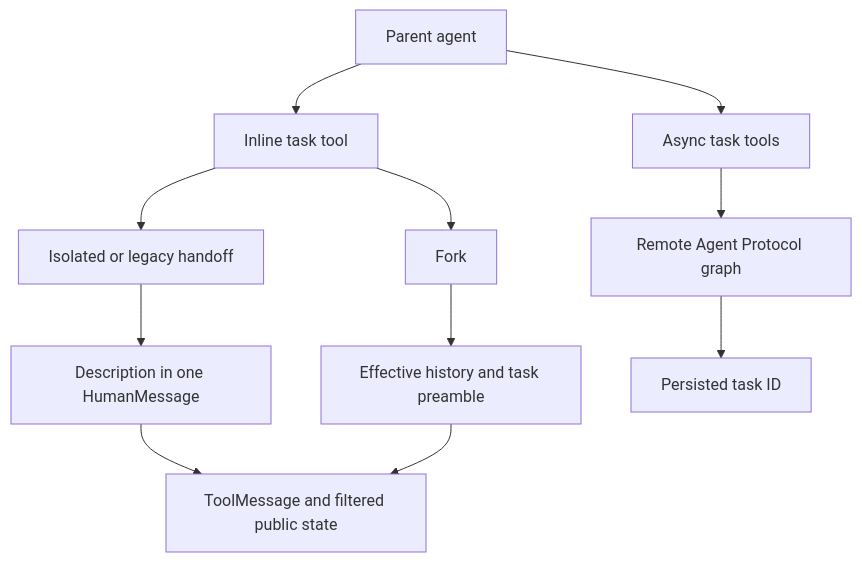
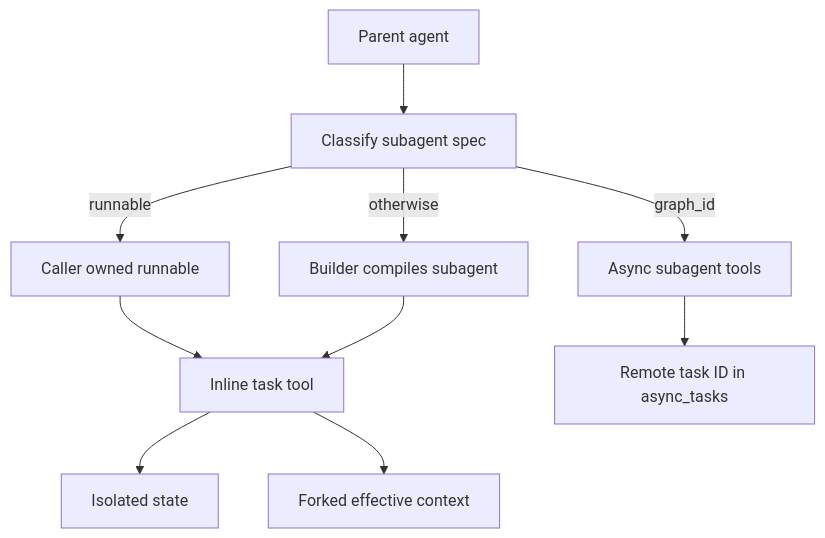
The first of 4 diagrams in openwiki/concepts/subagents-skills.md (langchain-ai/deepagents), drawn with Mermaid before and after one commit. The commit also changed other lines of this file and 56 other files, not shown here.

````diff
--- a/openwiki/concepts/subagents-skills.md
+++ b/openwiki/concepts/subagents-skills.md
@@ -61,13 +59,12 @@
 ```mermaid
 flowchart TD
-    Parent["Parent agent"] --> Task["Inline task tool"]
-    Task --> Isolated["Isolated or legacy handoff"]
-    Task --> Fork["Fork"]
-    Isolated --> Fresh["Description in one HumanMessage"]
-    Fork --> Context["Effective history and task preamble"]
-    Fresh --> Reply["ToolMessage and filtered public state"]
-    Context --> Reply
-    Parent --> AsyncTools["Async task tools"]
-    AsyncTools --> Remote["Remote Agent Protocol graph"]
-    Remote --> Handle["Persisted task ID"]
+    Parent["Parent agent"] --> Classify["Classify subagent spec"]
+    Classify -->|"graph_id"| Remote["Async subagent tools"]
+    Classify -->|"runnable"| Compiled["Caller owned runnable"]
+    Classify -->|"otherwise"| Declarative["Builder compiles subagent"]
+    Compiled --> Task["Inline task tool"]
+    Declarative --> Task
+    Task --> Isolated["Isolated state"]
+    Task --> Fork["Forked effective context"]
+    Remote --> Handle["Remote task ID in async_tasks"]
 ```
````
